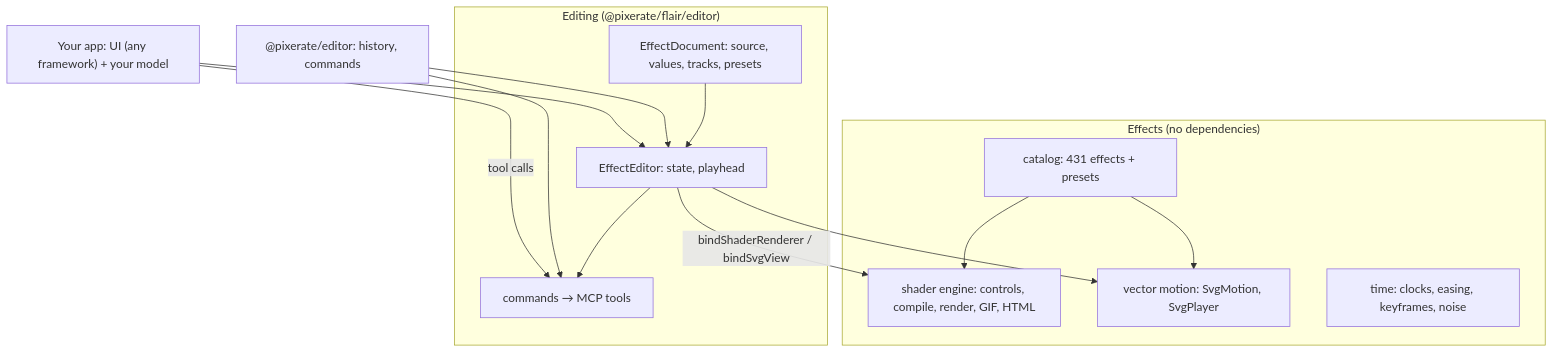
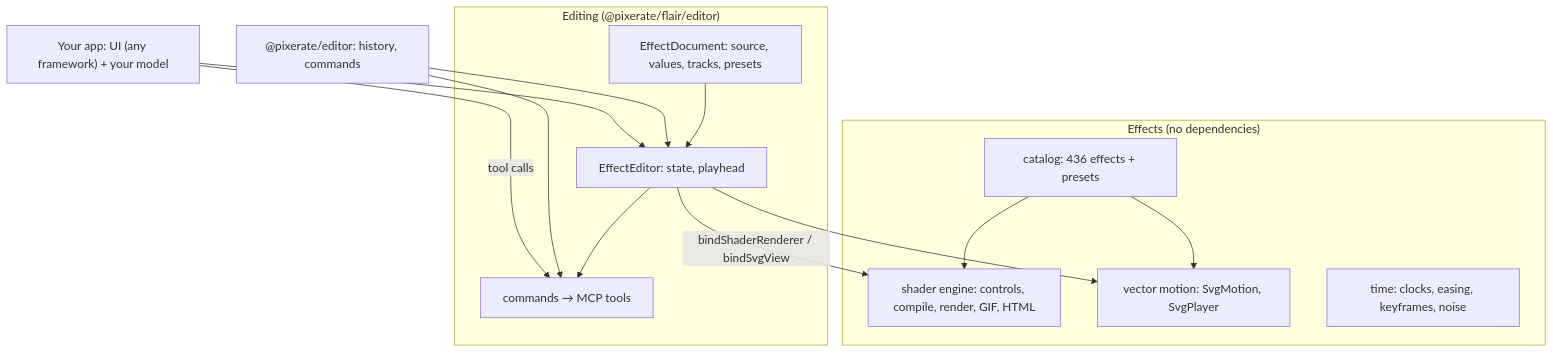
Before and after one commit to Pixerate/flair: the diagram in README.md, drawn with Mermaid. The commit also changed other lines of this file and 8 other files, not shown here.

First line of the commit message:
feat(catalog): add a hologram category with five hologram effects

````diff
--- a/README.md
+++ b/README.md
@@ -67,27 +67,27 @@
 ```mermaid
 graph TD
   subgraph Effects["Effects (no dependencies)"]
-    Catalog["catalog: 431 effects + presets"]
+    Catalog["catalog: 436 effects + presets"]
     Shader["shader engine: controls, compile, render, GIF, HTML"]
     Vector["vector motion: SvgMotion, SvgPlayer"]
     Time["time: clocks, easing, keyframes, noise"]
   end
   subgraph Editing["Editing (@pixerate/flair/editor)"]
     Doc["EffectDocument: source, values, tracks, presets"]
     Editor["EffectEditor: state, playhead"]
     Cmds["commands → MCP tools"]
   end
   PE["@pixerate/editor: history, commands"]
   Host["Your app: UI (any framework) + your model"]
 
   Catalog --> Shader
   Catalog --> Vector
   Doc --> Editor
   Editor --> Cmds
   PE --> Editor
   PE --> Cmds
   Editor -- bindShaderRenderer / bindSvgView --> Shader
   Editor --> Vector
   Host --> Editor
   Host -- tool calls --> Cmds
 ```
````
